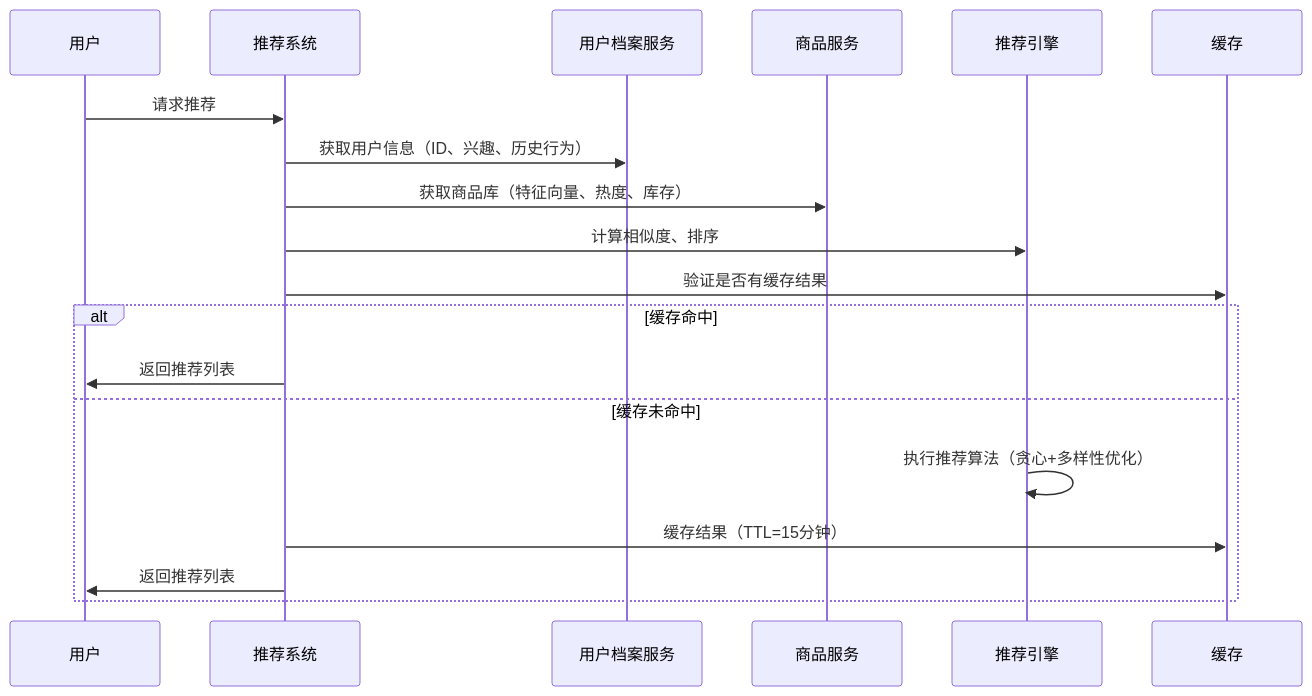
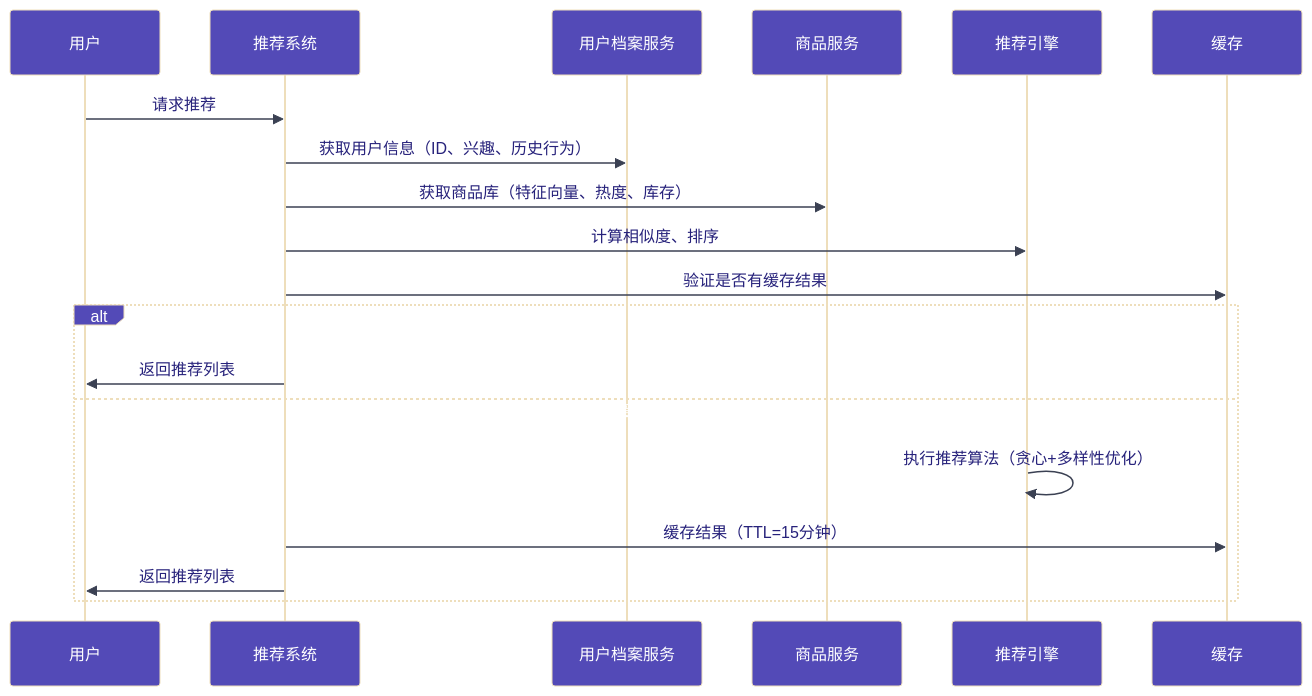
Before and after one commit to microwind/algorithms: the ninth of 11 diagrams in start-here/AI-Era-Programmers-as-Requirements-Engineers.md, drawn with Mermaid. The commit also changed other lines of this file and 2 other files, not shown here.

````diff
--- a/start-here/AI-Era-Programmers-as-Requirements-Engineers.md
+++ b/start-here/AI-Era-Programmers-as-Requirements-Engineers.md
@@ -544,15 +544,16 @@
 ```mermaid
+%%{init: {'theme': 'base', 'themeVariables': {'actorBkg': '#534AB7', 'actorTextColor': '#FFFFFF', 'actorBorderColor': '#160C6B', 'activationBkgColor': '#1D9E75', 'activationBorderColor': '#0F6E56', 'noteBkgColor': '#8835BEB1', 'noteTextColor': '#ffffff', 'signalColor': '#3B4153', 'signalTextColor': '#27227B'}}}%%
 sequenceDiagram
     用户->>推荐系统: 请求推荐
     推荐系统->>用户档案服务: 获取用户信息（ID、兴趣、历史行为）
     推荐系统->>商品服务: 获取商品库（特征向量、热度、库存）
     推荐系统->>推荐引擎: 计算相似度、排序
     推荐系统->>缓存: 验证是否有缓存结果
     alt 缓存命中
         推荐系统->>用户: 返回推荐列表
     else 缓存未命中
         推荐引擎->>推荐引擎: 执行推荐算法（贪心+多样性优化）
         推荐系统->>缓存: 缓存结果（TTL=15分钟）
         推荐系统->>用户: 返回推荐列表
     end
 ```
````
